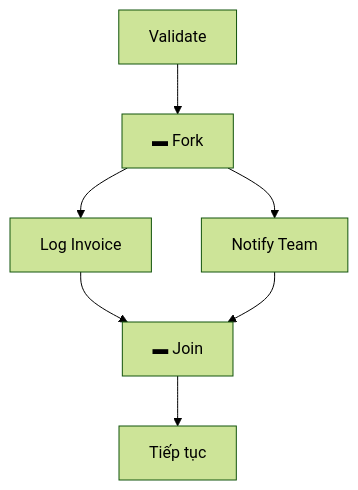
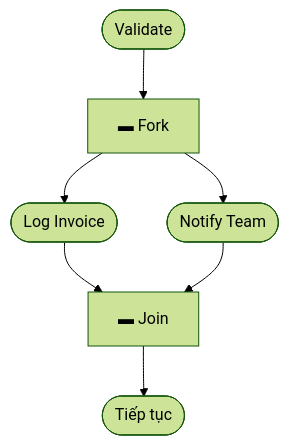
Before and after one commit to DoTuanPhong/make_-Invoice-processing-automated-workflow: the second of 4 diagrams in activity-diagram.md, drawn with Mermaid (forest theme). The commit also changed other lines of this file and 3 other files, not shown here.

Commit message:
Update README and diagrams: upgrade Google Gemini to 3.5-flash-lite, enhance error handling, and add setup guide for automated invoice processing workflow.

````diff
--- a/activity-diagram.md
+++ b/activity-diagram.md
@@ -54,9 +58,9 @@
 ```mermaid
 flowchart TD
-    A2["Validate"] --> F2["▬ Fork"]
-    F2 --> B2["Log Invoice"]
-    F2 --> C2["Notify Team"]
+    A2(["Validate"]) --> F2["▬ Fork"]
+    F2 --> B2(["Log Invoice"])
+    F2 --> C2(["Notify Team"])
     B2 --> J2["▬ Join"]
     C2 --> J2
-    J2 --> D2["Tiếp tục"]
+    J2 --> D2(["Tiếp tục"])
 ```
````
